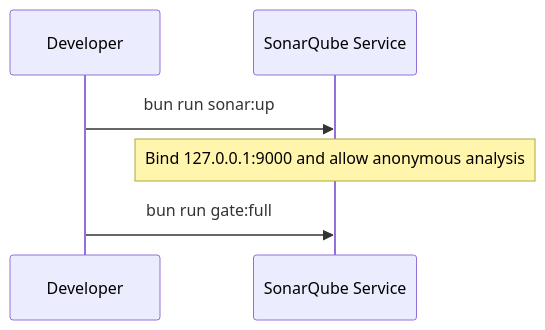
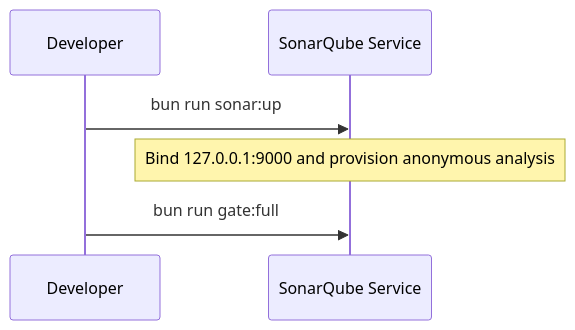
The second of 2 diagrams in .cubic/wiki/09-section-tools/01-p-local-setup.md (immagiov4/Nous), drawn with Mermaid before and after one commit. The commit also changed other lines of this file and 7 other files, not shown here.

Commit message:
fix: provision anonymous local Sonar permissions

````diff
--- a/.cubic/wiki/09-section-tools/01-p-local-setup.md
+++ b/.cubic/wiki/09-section-tools/01-p-local-setup.md
@@ -94,8 +94,8 @@
 ```mermaid
 sequenceDiagram
     participant Dev as Developer
     participant Sonar as SonarQube Service
     Dev->>Sonar: bun run sonar:up
-    Note over Sonar: Bind 127.0.0.1:9000 and allow anonymous analysis
+    Note over Sonar: Bind 127.0.0.1:9000 and provision anonymous analysis
     Dev->>Sonar: bun run gate:full
 ```
````
